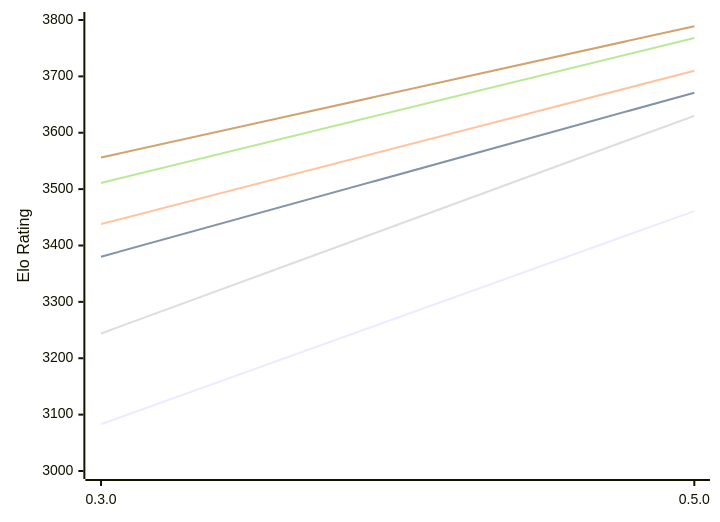
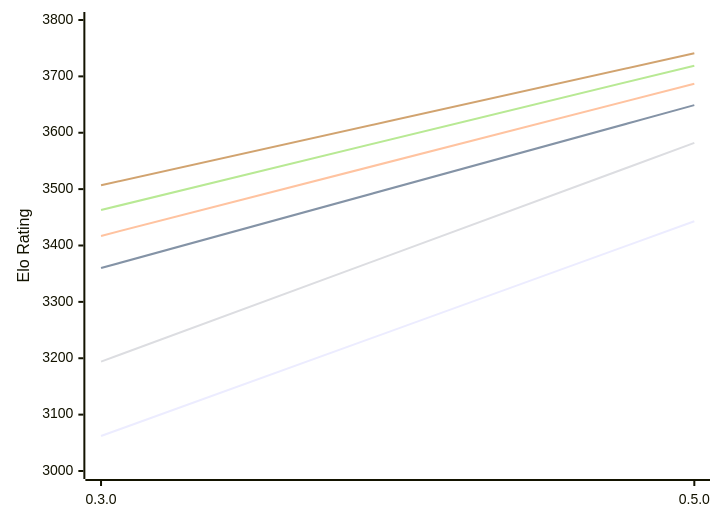
The first of 2 diagrams in engines/Justbot.md (computer-chess-index/cci), drawn with Mermaid before and after one commit. The commit also changed other lines of this file, not shown here.

Commit message:
Update CCI Ratings (ELO VLTC) - 2026-11-08

````diff
--- a/engines/Justbot.md
+++ b/engines/Justbot.md
@@ -53,12 +53,12 @@
 ```mermaid
 %%{init: {"theme":"base","themeVariables":{"seriesColors:['#a3a3a3','#222221','#faa371']}}}%%
 xychart-beta
   x-axis ["0.3.0", "0.5.0"]
   y-axis "Elo Rating" 3000 --> 3800
-  line "E1: STC (8.0+0.08s)" [3083, 3461]
-  line "E1: LTC (60.0+0.60s)" [3380, 3671]
-  line "E1: VLTC (2m24s+1.12s)" [3438, 3710]
-  line "P1: STC (8.0+0.08s)" [3244, 3630]
-  line "P1: LTC (60.0+0.60s)" [3511, 3768]
-  line "P1: VLTC (2m24s+1.12s)" [3556, 3789]
+  line "E1: STC (8.0+0.08s)" [3062, 3443]
+  line "E1: LTC (60.0+0.60s)" [3360, 3649]
+  line "E1: VLTC (2m24s+1.12s)" [3417, 3687]
+  line "P1: STC (8.0+0.08s)" [3194, 3582]
+  line "P1: LTC (60.0+0.60s)" [3463, 3719]
+  line "P1: VLTC (2m24s+1.12s)" [3507, 3741]
 ```
````
